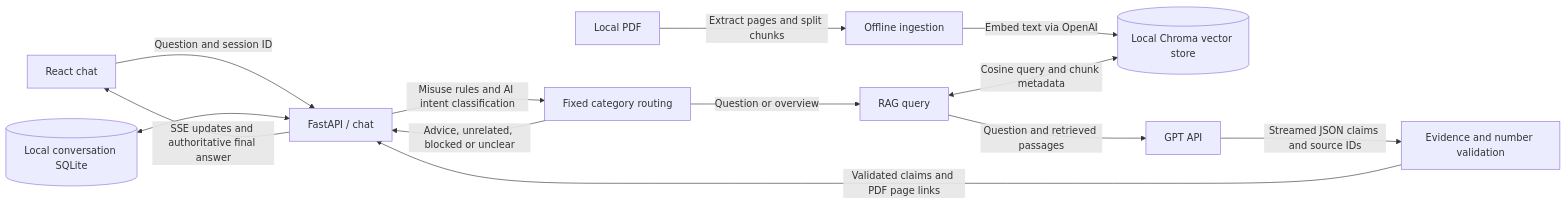
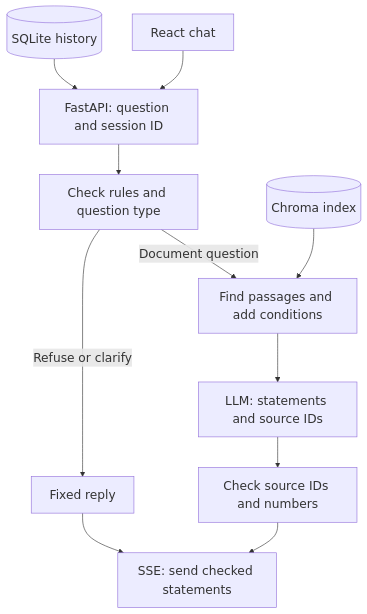
One commit to zihanzhao94/insure-tutor changed the second of 2 diagrams in README.md. Above: the diagram before and after it, drawn with Mermaid. The commit also changed other lines of this file, not shown here.

Commit message:
docs: simplify README wording and enlarge architecture diagrams

````diff
--- a/README.md
+++ b/README.md
@@ -89,15 +103,14 @@
 ```mermaid
-flowchart LR
-    PDF[Local PDF] -->|Extract pages and split chunks| Ingest[Offline ingestion]
-    Ingest -->|Embed text via OpenAI| Store[(Local Chroma vector store)]
-    UI[React chat] -->|Question and session ID| API[FastAPI / chat]
-    API -->|Misuse rules and AI intent classification| Intent[Fixed category routing]
-    Intent -->|Question or overview| RAG[RAG query]
-    Intent -->|Advice, unrelated, blocked or unclear| API
-    History[(Local conversation SQLite)] <--> API
-    RAG <-->|Cosine query and chunk metadata| Store
-    RAG -->|Question and retrieved passages| GPT[GPT API]
-    GPT -->|Streamed JSON claims and source IDs| Check[Evidence and number validation]
-    Check -->|Validated claims and PDF page links| API
-    API -->|SSE updates and authoritative final answer| UI
+%%{init: {"themeVariables": {"fontSize": "20px"}}}%%
+flowchart TD
+    UI[React chat] --> API[FastAPI: question and session ID]
+    History[(SQLite history)] --> API
+    API --> Guard[Check rules and question type]
+    Guard -->|Document question| RAG[Find passages and add conditions]
+    Guard -->|Refuse or clarify| Notice[Fixed reply]
+    Store[(Chroma index)] --> RAG
+    RAG --> GPT[LLM: statements and source IDs]
+    GPT --> Check[Check source IDs and numbers]
+    Check --> Reply[SSE: send checked statements]
+    Notice --> Reply
 ```
````
